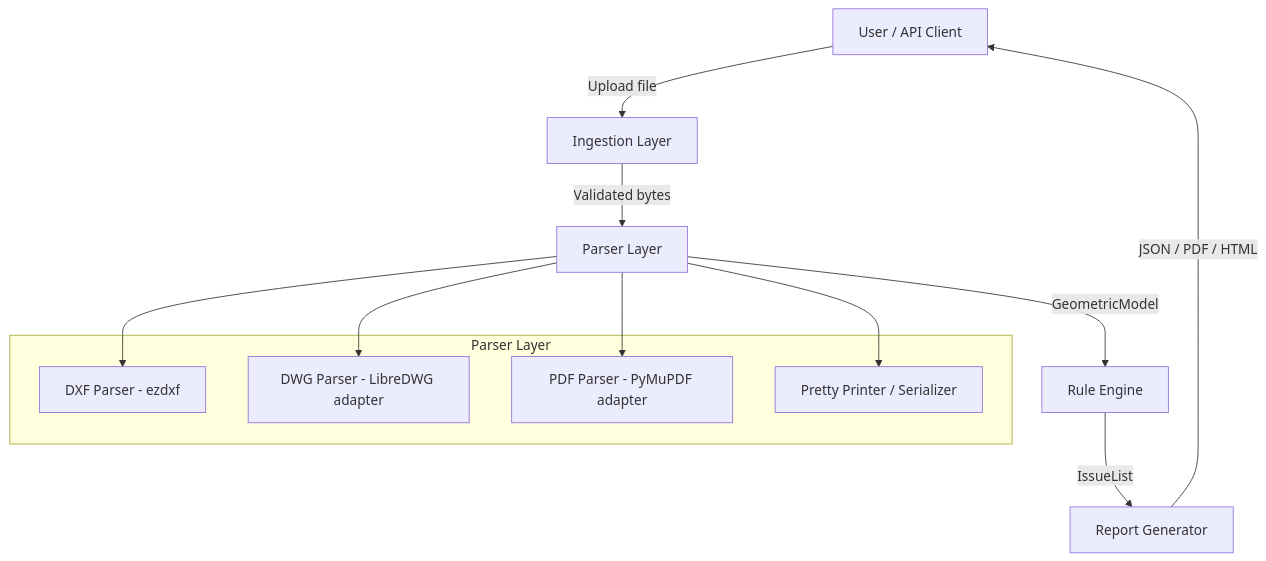
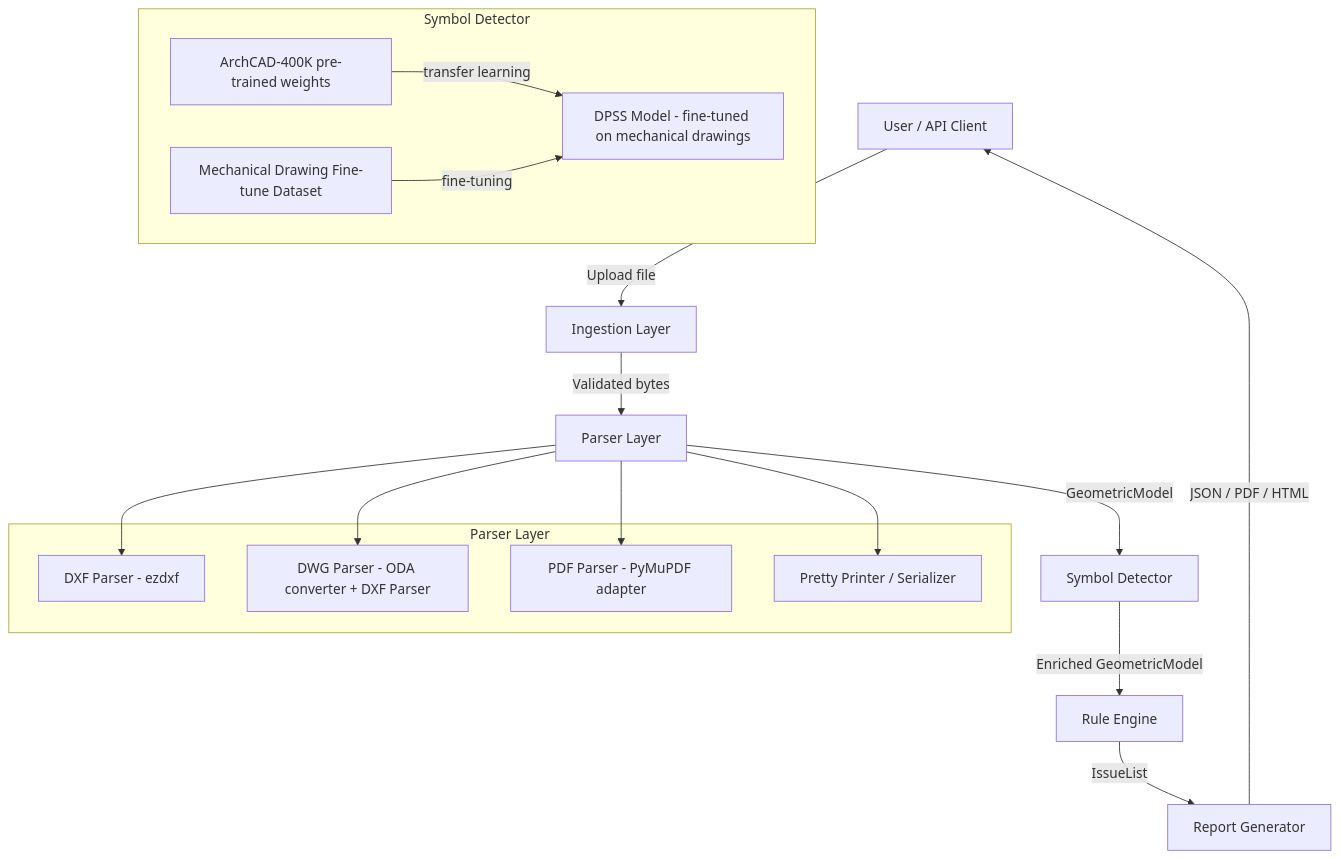
One commit to KiroHacks/-ContraintIQ changed the diagram in .kiro/specs/engineering-drawing-analyzer/design.md. Above: the diagram before and after it, drawn with Mermaid. The commit also changed other lines of this file and 48 other files, not shown here.

````diff
--- a/.kiro/specs/engineering-drawing-analyzer/design.md
+++ b/.kiro/specs/engineering-drawing-analyzer/design.md
@@ -29,20 +34,29 @@
 ```mermaid
 graph TD
     A[User / API Client] -->|Upload file| B[Ingestion Layer]
     B -->|Validated bytes| C[Parser Layer]
-    C -->|GeometricModel| D[Rule Engine]
-    D -->|IssueList| E[Report Generator]
-    E -->|JSON / PDF / HTML| A
+    C -->|GeometricModel| D[Symbol Detector]
+    D -->|Enriched GeometricModel| E[Rule Engine]
+    E -->|IssueList| F[Report Generator]
+    F -->|JSON / PDF / HTML| A
 
     subgraph Parser Layer
         C1[DXF Parser - ezdxf]
-        C2[DWG Parser - LibreDWG adapter]
+        C2[DWG Parser - ODA converter + DXF Parser]
         C3[PDF Parser - PyMuPDF adapter]
         C4[Pretty Printer / Serializer]
+    end
+
+    subgraph Symbol Detector
+        D1[DPSS Model - fine-tuned on mechanical drawings]
+        D2[ArchCAD-400K pre-trained weights]
+        D3[Mechanical Drawing Fine-tune Dataset]
+        D2 -->|transfer learning| D1
+        D3 -->|fine-tuning| D1
     end
 
     C --> C1
     C --> C2
     C --> C3
     C --> C4
 ```
````
